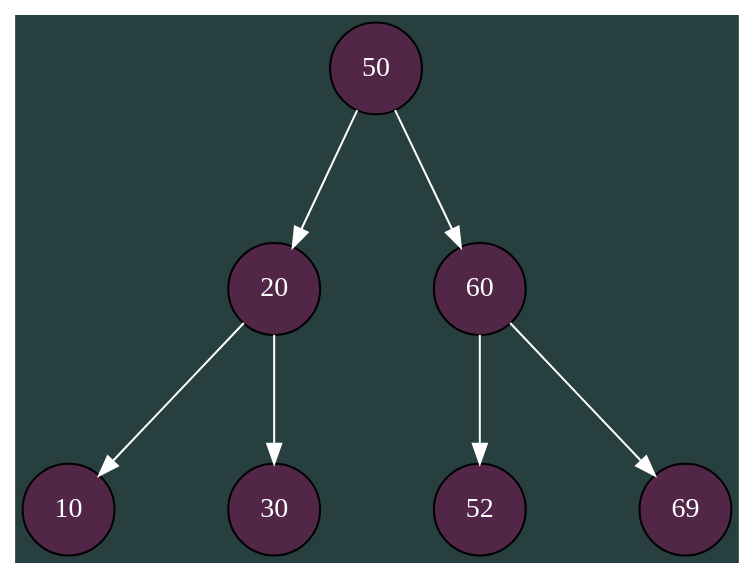
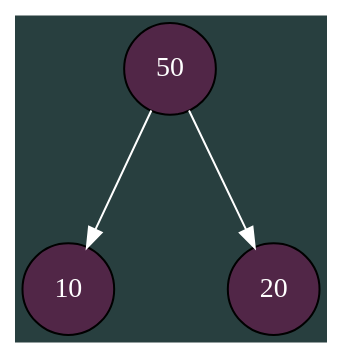
Before and after one commit to Shishkin-Vasiliy/Akinator: the diagram in TreeLog/pict_0.dot, drawn with Graphviz. The commit also changed 7 other files, not shown here.

```diff
--- a/TreeLog/pict_0.dot
+++ b/TreeLog/pict_0.dot
@@ -1,37 +1,19 @@
 digraph {
 bgcolor="#283f3f";
 rankdir=TB;
 nodesep=0.8;
 ranksep=0.9;
 node50 [shape=circle; style=filled; fillcolor="#6A184DA0"; fontcolor="#FFFFFF";
        label="50"];
 { rank=source; node50 };
-node20 [shape=circle; style=filled; fillcolor="#6A184DA0"; fontcolor="#FFFFFF";
-       label="20"];
 node10 [shape=circle; style=filled; fillcolor="#6A184DA0"; fontcolor="#FFFFFF";
        label="10"];
 { rank=sink; node10 };
 edge [color="#FFFFFF"];
-node20 -> node10
-;node30 [shape=circle; style=filled; fillcolor="#6A184DA0"; fontcolor="#FFFFFF";
-       label="30"];
-{ rank=sink; node30 };
+node50 -> node10
+;node20 [shape=circle; style=filled; fillcolor="#6A184DA0"; fontcolor="#FFFFFF";
+       label="20"];
+{ rank=sink; node20 };
 edge [color="#FFFFFF"];
-node20 -> node30
-;edge [color="#FFFFFF"];
 node50 -> node20
-;node60 [shape=circle; style=filled; fillcolor="#6A184DA0"; fontcolor="#FFFFFF";
-       label="60"];
-node52 [shape=circle; style=filled; fillcolor="#6A184DA0"; fontcolor="#FFFFFF";
-       label="52"];
-{ rank=sink; node52 };
-edge [color="#FFFFFF"];
-node60 -> node52
-;node69 [shape=circle; style=filled; fillcolor="#6A184DA0"; fontcolor="#FFFFFF";
-       label="69"];
-{ rank=sink; node69 };
-edge [color="#FFFFFF"];
-node60 -> node69
-;edge [color="#FFFFFF"];
-node50 -> node60
 ;}
```
